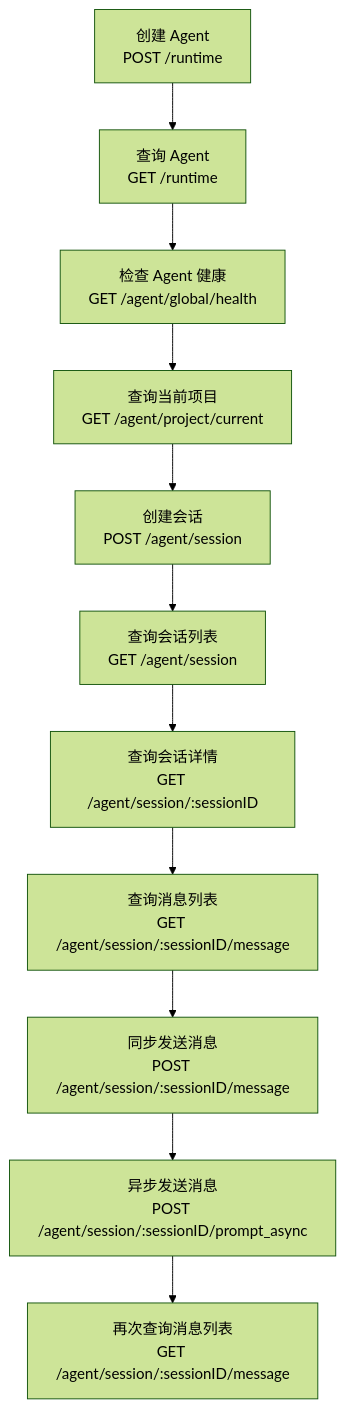
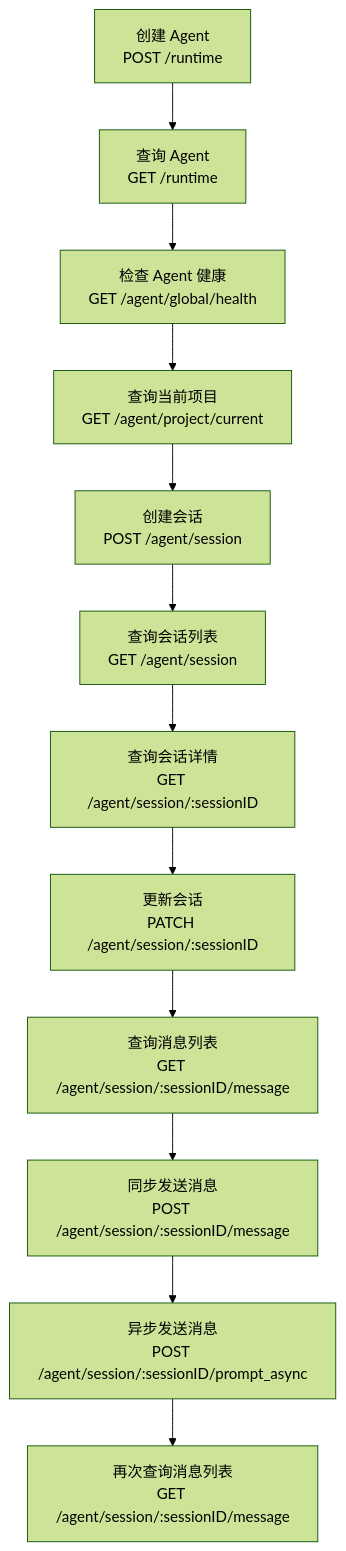
Before and after one commit to ArchAIHarness/agent-master: the fifth of 5 diagrams in API.md, drawn with Mermaid (forest theme). The commit also changed other lines of this file and 14 other files, not shown here.

````diff
--- a/API.md
+++ b/API.md
@@ -139,13 +139,14 @@
 ```mermaid
 flowchart TD
     createAgent["创建 Agent<br>POST /runtime"] --> getAgent["查询 Agent<br>GET /runtime"]
     getAgent --> health["检查 Agent 健康<br>GET /agent/global/health"]
     health --> project["查询当前项目<br>GET /agent/project/current"]
     project --> createSession["创建会话<br>POST /agent/session"]
     createSession --> listSession["查询会话列表<br>GET /agent/session"]
     listSession --> getSession["查询会话详情<br>GET /agent/session/:sessionID"]
-    getSession --> listMessage["查询消息列表<br>GET /agent/session/:sessionID/message"]
+    getSession --> updateSession["更新会话<br>PATCH /agent/session/:sessionID"]
+    updateSession --> listMessage["查询消息列表<br>GET /agent/session/:sessionID/message"]
     listMessage --> sendSync["同步发送消息<br>POST /agent/session/:sessionID/message"]
     sendSync --> sendAsync["异步发送消息<br>POST /agent/session/:sessionID/prompt_async"]
     sendAsync --> queryResult["再次查询消息列表<br>GET /agent/session/:sessionID/message"]
 ```
````
